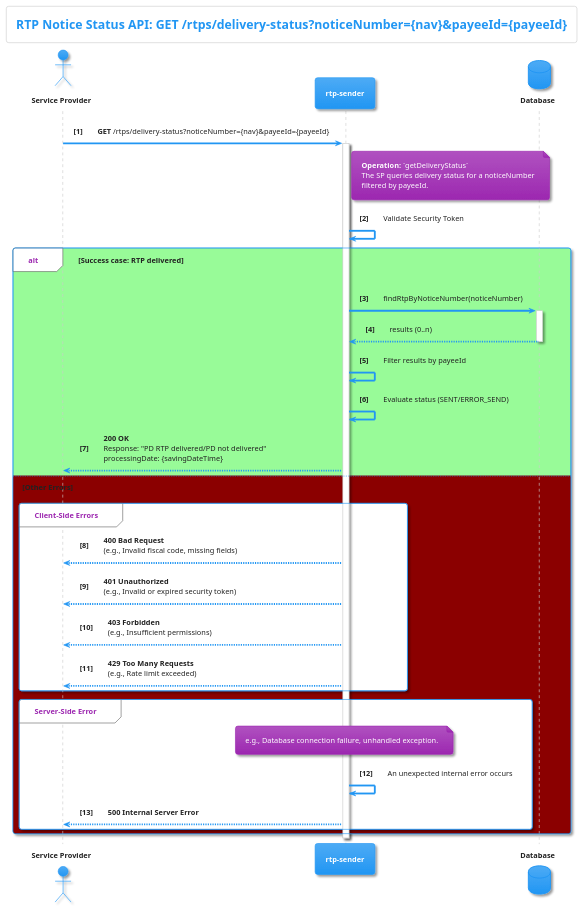
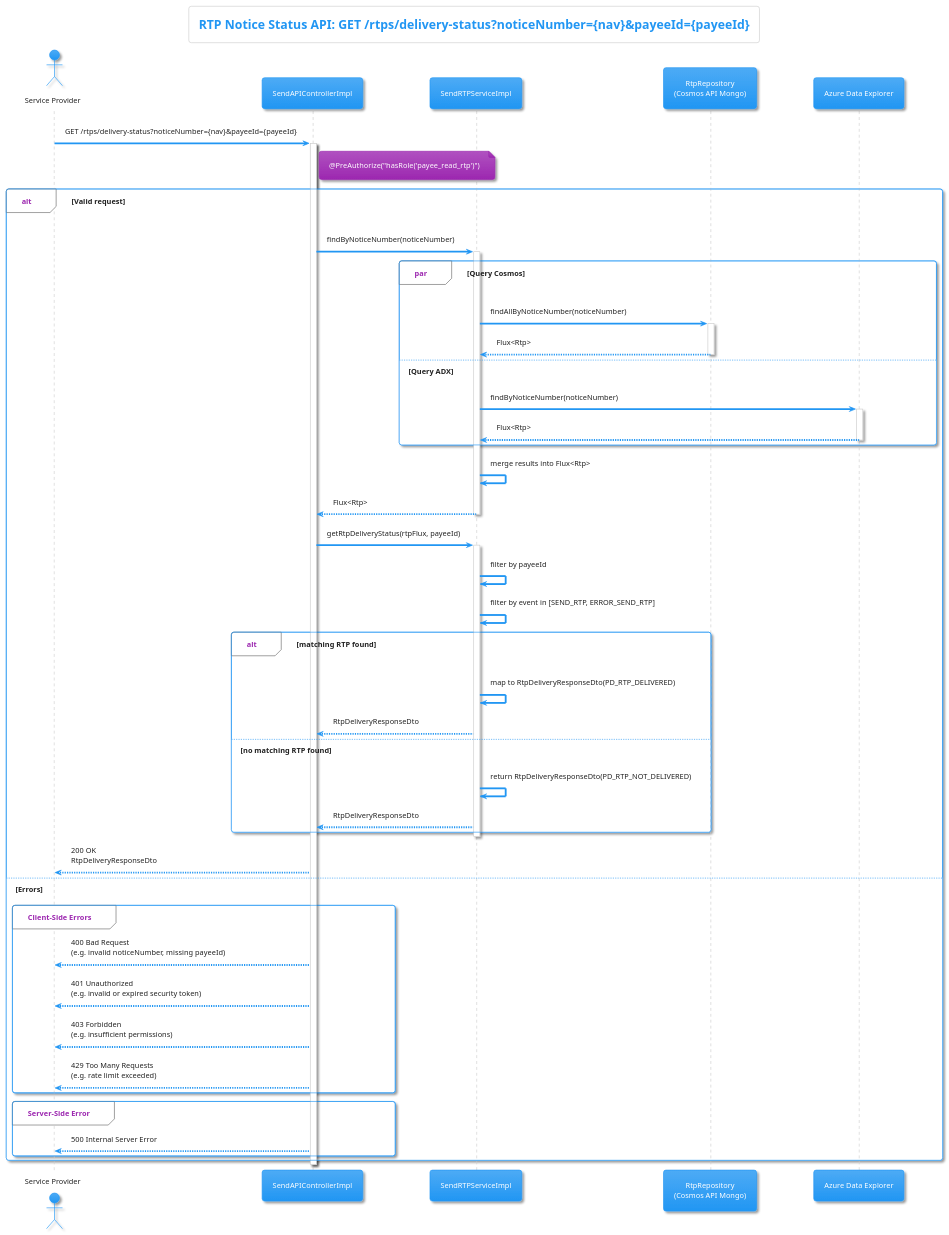
The diagram in diagrams/get-delivery-status.puml (pagopa/rtp-docs), drawn with PlantUML before and after one commit.

Commit message:
feat: [SRTP-1674] update get-delivery-status diagram

```diff
--- a/diagrams/get-delivery-status.puml
+++ b/diagrams/get-delivery-status.puml
@@ -1,60 +1,71 @@
 @startuml
-' PlantUML Diagram for GET Delivery Status API
-' Title: RTP Delivery Status Sequence Diagram
-' Version: 1.0.0
-' Description: GET /rtps/delivery-status?noticeNumber={nav}&payeeId={payeeId}
-'              Returns delivery status + RTP processing date (send date)
 
 !theme materia
 
 title RTP Notice Status API: GET /rtps/delivery-status?noticeNumber={nav}&payeeId={payeeId}
 
-actor "**Service Provider**" as SP
-participant "**rtp-sender**" as RS
-database "**Database**" as DB
+actor "Service Provider" as Client
+participant "SendAPIControllerImpl" as Controller
+participant "SendRTPServiceImpl" as Service
+participant "RtpRepository\n(Cosmos API Mongo)" as Repository
+participant "Azure Data Explorer" as ADX
 
-autonumber "<b>[0]"
+Client -> Controller : GET /rtps/delivery-status?noticeNumber={nav}&payeeId={payeeId}
+activate Controller
+note right of Controller : @PreAuthorize("hasRole('payee_read_rtp')")
 
-SP -> RS: **GET** /rtps/delivery-status?noticeNumber={nav}&payeeId={payeeId}
-activate RS
+alt Valid request
 
-note right of RS
-  **Operation:** `getDeliveryStatus`
-  The SP queries delivery status for a noticeNumber
-  filtered by payeeId.
-end note
+    Controller -> Service : findByNoticeNumber(noticeNumber)
+    activate Service
 
-RS -> RS: Validate Security Token
+    par Query Cosmos
+        Service -> Repository : findAllByNoticeNumber(noticeNumber)
+        activate Repository
+        Repository --> Service : Flux<Rtp>
+        deactivate Repository
+    else Query ADX
+        Service -> ADX : findByNoticeNumber(noticeNumber)
+        activate ADX
+        ADX --> Service : Flux<Rtp>
+        deactivate ADX
+    end
 
-alt #palegreen **Success case: RTP delivered**
+    Service -> Service : merge results into Flux<Rtp>
+    Service --> Controller : Flux<Rtp>
+    deactivate Service
 
-    RS -> DB: findRtpByNoticeNumber(noticeNumber)
-    activate DB
-    DB --> RS: results (0..n)
-    deactivate DB
+    Controller -> Service : getRtpDeliveryStatus(rtpFlux, payeeId)
+    activate Service
+    Service -> Service : filter by payeeId
+    Service -> Service : filter by event in [SEND_RTP, ERROR_SEND_RTP]
 
-    RS -> RS: Filter results by payeeId
-    RS -> RS: Evaluate status (SENT/ERROR_SEND)
+    alt matching RTP found
+        Service -> Service : map to RtpDeliveryResponseDto(PD_RTP_DELIVERED)
+        Service --> Controller : RtpDeliveryResponseDto
+    else no matching RTP found
+        Service -> Service : return RtpDeliveryResponseDto(PD_RTP_NOT_DELIVERED)
+        Service --> Controller : RtpDeliveryResponseDto
+    end
 
-    RS --> SP: **200 OK**\nResponse: "PD RTP delivered/PD not delivered"\nprocessingDate: {savingDateTime}
+    deactivate Service
+    Controller --> Client : 200 OK\nRtpDeliveryResponseDto
 
-else #darkred **Other Errors**
+else Errors
 
     group Client-Side Errors
-        RS --> SP: **400 Bad Request**\n(e.g., Invalid fiscal code, missing fields)
-        RS --> SP: **401 Unauthorized**\n(e.g., Invalid or expired security token)
-        RS --> SP: **403 Forbidden**\n(e.g., Insufficient permissions)
-        RS --> SP: **429 Too Many Requests**\n(e.g., Rate limit exceeded)
+        Controller --> Client : 400 Bad Request\n(e.g. invalid noticeNumber, missing payeeId)
+        Controller --> Client : 401 Unauthorized\n(e.g. invalid or expired security token)
+        Controller --> Client : 403 Forbidden\n(e.g. insufficient permissions)
+        Controller --> Client : 429 Too Many Requests\n(e.g. rate limit exceeded)
     end group
 
     group Server-Side Error
-         note over RS: e.g., Database connection failure, unhandled exception.
-         RS -> RS: An unexpected internal error occurs
-         RS --> SP: **500 Internal Server Error**
+        Controller --> Client : 500 Internal Server Error
     end group
 
 end
 
-deactivate RS
+deactivate Controller
 
 @enduml
```
